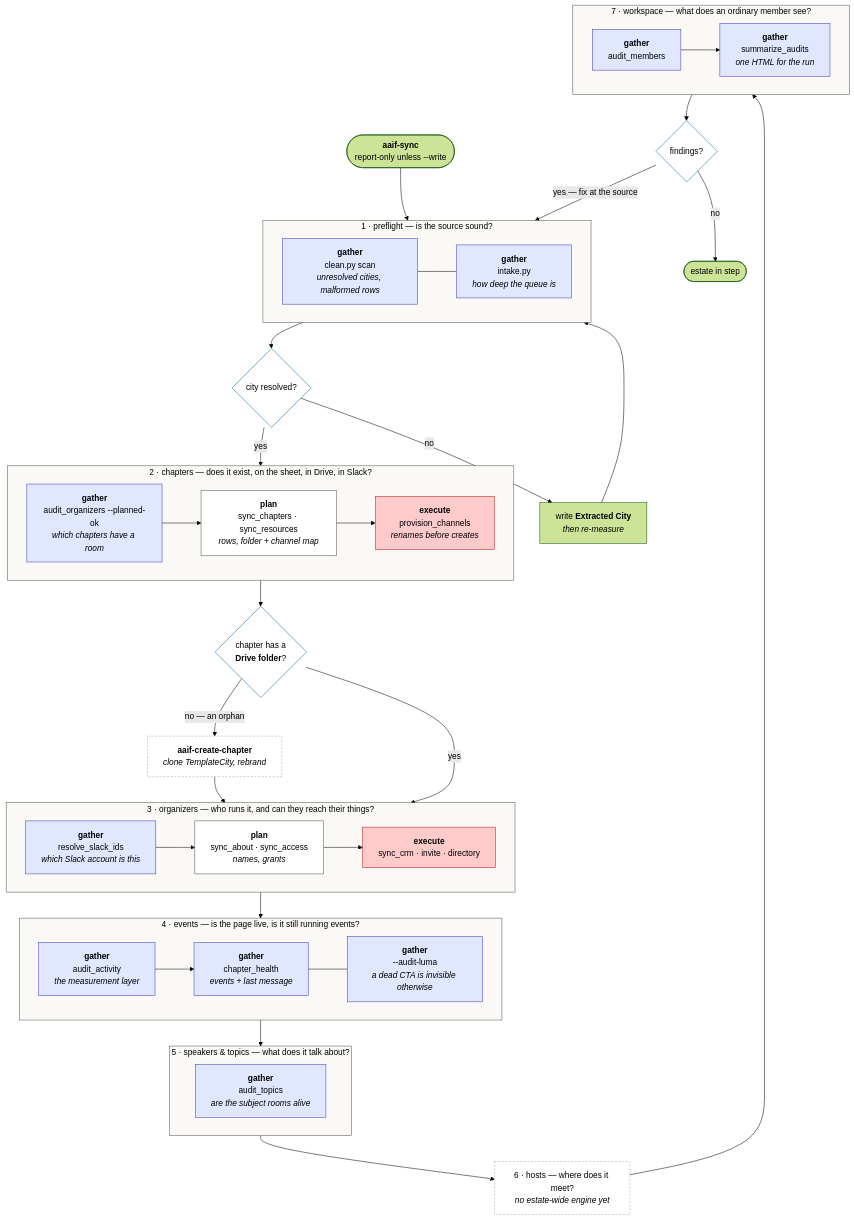
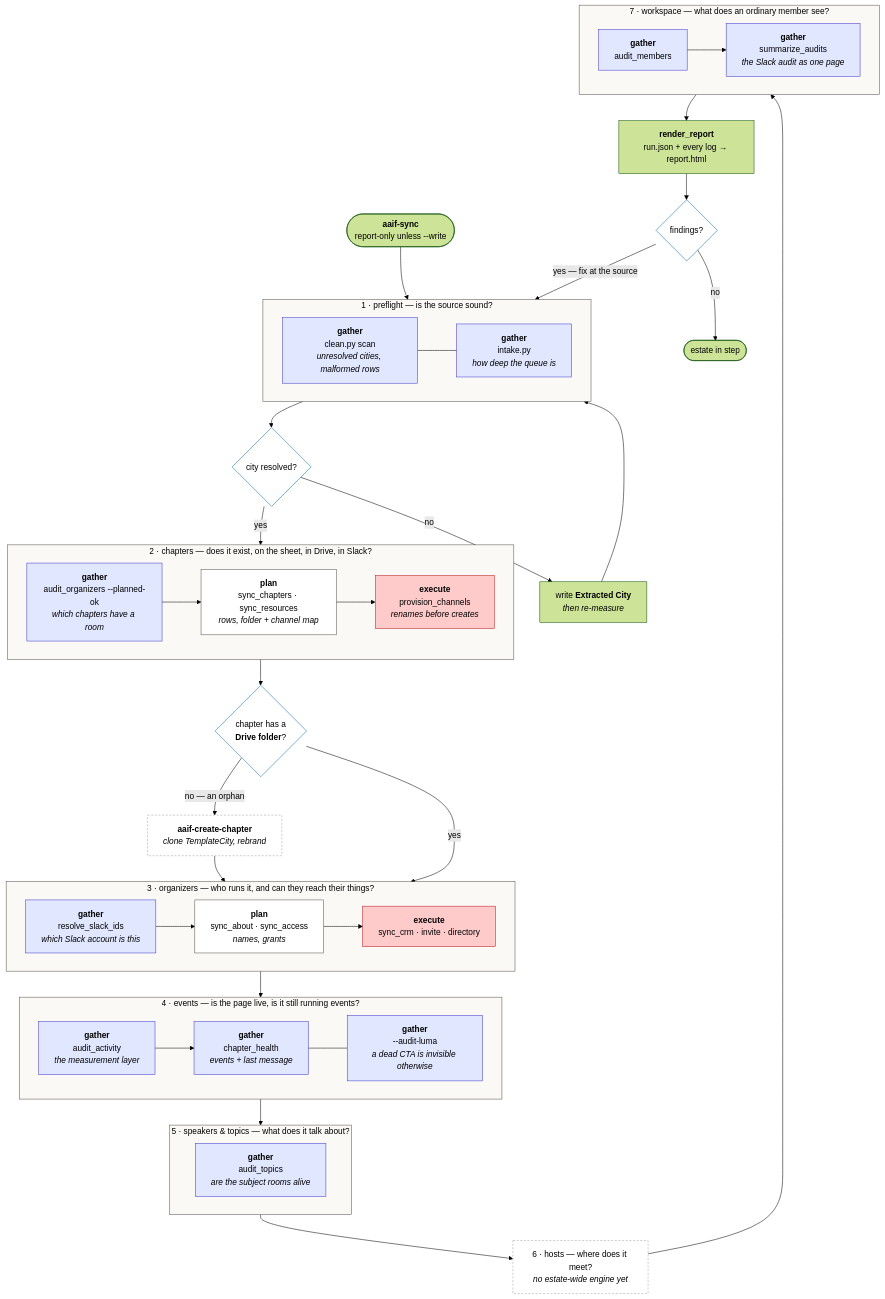
The first of 2 diagrams in README.md (aaif/community-events), drawn with Mermaid (forest theme) before and after one commit. The commit also changed other lines of this file and 7 other files, not shown here.

First line of the commit message:
feat(sync): the runner records a run.json; render_report.py draws report.html

```diff
--- a/README.md
+++ b/README.md
@@ -181,12 +181,13 @@
     subgraph P7["7 · workspace — what does an ordinary member see?"]
         direction LR
         p7a["<b>gather</b><br/>audit_members"]
-        p7b["<b>gather</b><br/>summarize_audits<br/><i>one HTML for the run</i>"]
+        p7b["<b>gather</b><br/>summarize_audits<br/><i>the Slack audit as one page</i>"]
         p7a --> p7b
     end
     P6 --> P7
 
-    P7 --> OUT{"findings?"}
+    P7 --> REPORT["<b>render_report</b><br/>run.json + every log → report.html"]
+    REPORT --> OUT{"findings?"}
     OUT -->|"yes — fix at the source"| P1
     OUT -->|"no"| DONE(["estate in step"])
 
```
